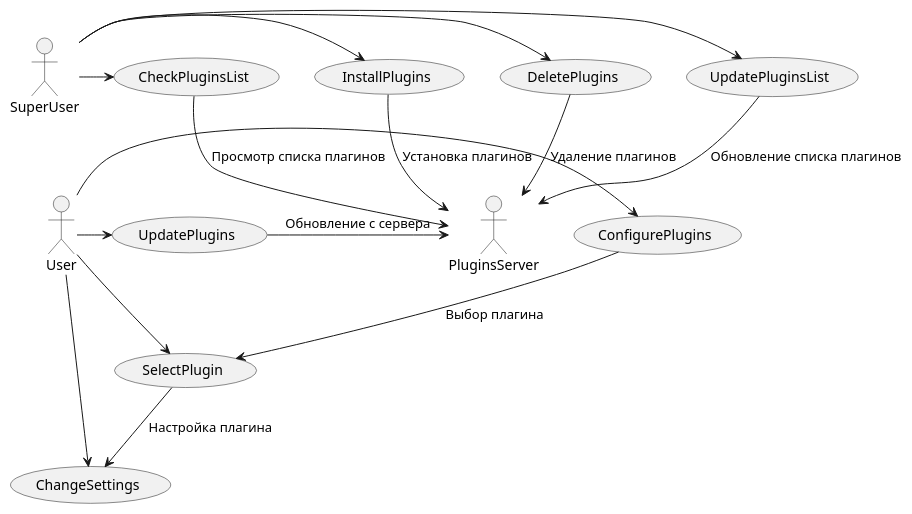
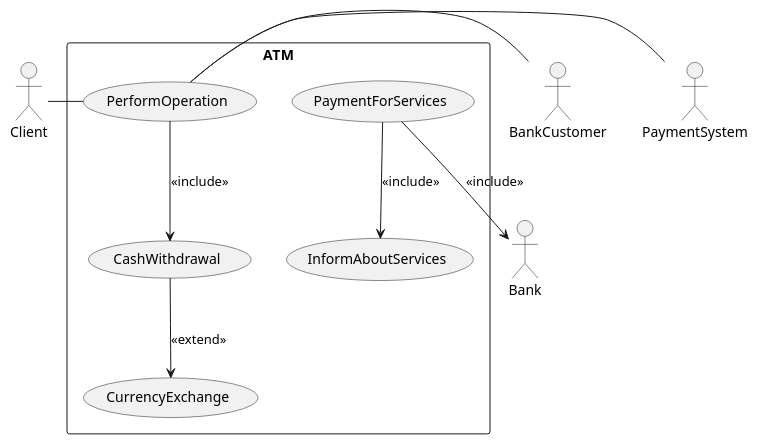
One commit to lisisisan/CASE-2024 changed the diagram in lab4/4.puml. Above: the diagram before and after it, drawn with PlantUML. The commit also changed 27 other files, not shown here.

```diff
--- a/lab4/4.puml
+++ b/lab4/4.puml
@@ -1,24 +1,18 @@
 @startuml
-actor User
-actor SuperUser
-actor PluginsServer
+actor Client
+actor BankCustomer
+actor Bank
+actor PaymentSystem
 
-User -> (ConfigurePlugins)
-User -> (SelectPlugin)
-User -> (ChangeSettings)
-User -> (UpdatePlugins)
+rectangle "ATM" {
+    Client - (PerformOperation)
+    BankCustomer - (PerformOperation)
+    PaymentSystem - (PerformOperation)
 
-SuperUser -> (UpdatePluginsList)
-SuperUser -> (DeletePlugins)
-SuperUser -> (InstallPlugins)
-SuperUser -> (CheckPluginsList)
-
-(ConfigurePlugins) -down-> (SelectPlugin) : Выбор плагина
-(SelectPlugin) -down-> (ChangeSettings) : Настройка плагина
-(UpdatePlugins) -right-> PluginsServer : Обновление с сервера
-(UpdatePluginsList) -down-> PluginsServer : Обновление списка плагинов
-(DeletePlugins) -down-> PluginsServer : Удаление плагинов
-(InstallPlugins) -down-> PluginsServer : Установка плагинов
-(CheckPluginsList) -down-> PluginsServer : Просмотр списка плагинов
+    (PerformOperation) -down-> (CashWithdrawal): <<include>>
+    (CashWithdrawal) -down-> (CurrencyExchange): <<extend>>
+    (PaymentForServices) -down-> (Bank): <<include>>
+    (PaymentForServices) -down-> (InformAboutServices): <<include>>
+}
 
 @enduml
```
